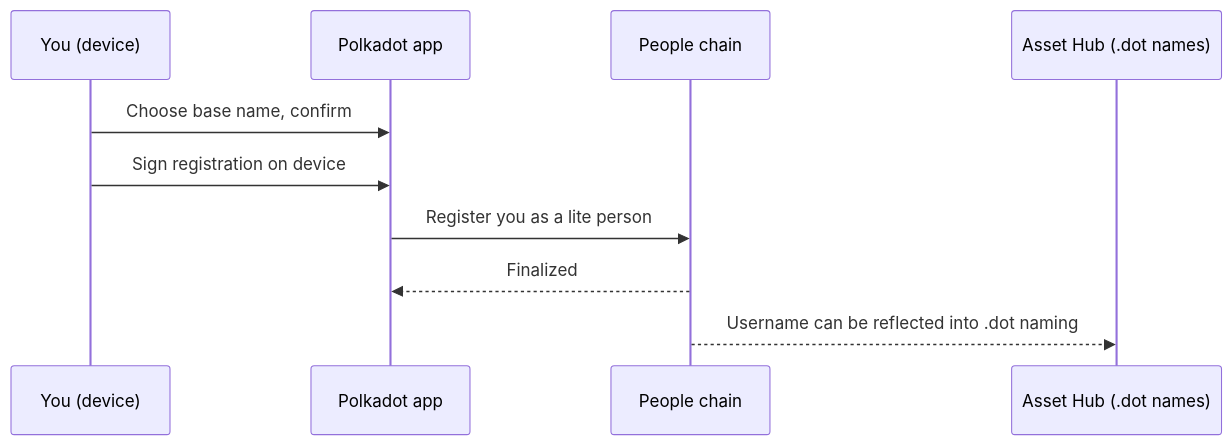
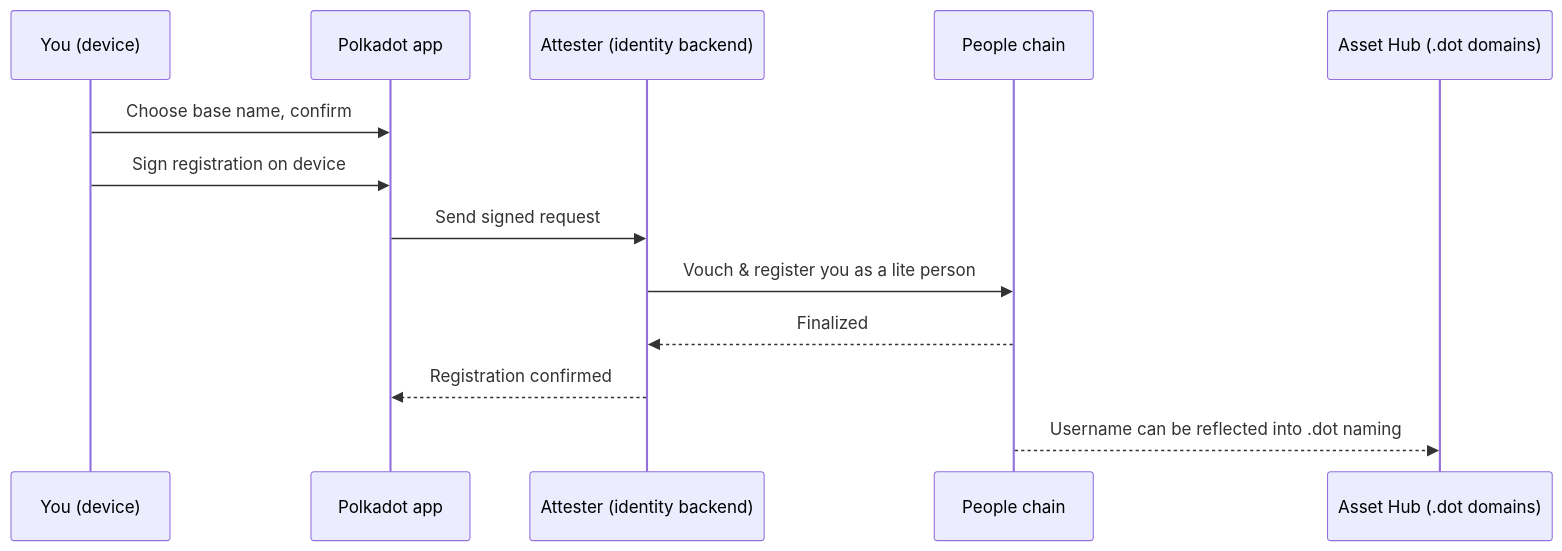
The diagram in docs/guides/username-and-personhood.md (Polkadot-Community-Foundation/polkadot-app-docs), drawn with Mermaid before and after one commit. The commit also changed other lines of this file and 31 other files, not shown here.

````diff
--- a/docs/guides/username-and-personhood.md
+++ b/docs/guides/username-and-personhood.md
@@ -66,12 +69,15 @@
 ```mermaid
 sequenceDiagram
     participant You as You (device)
     participant App as Polkadot app
+    participant Attester as Attester (identity backend)
     participant People as People chain
-    participant DotNS as Asset Hub (.dot names)
+    participant DotNS as Asset Hub (.dot domains)
     You->>App: Choose base name, confirm
     You->>App: Sign registration on device
-    App->>People: Register you as a lite person
-    People-->>App: Finalized
+    App->>Attester: Send signed request
+    Attester->>People: Vouch & register you as a lite person
+    People-->>Attester: Finalized
+    Attester-->>App: Registration confirmed
     People-->>DotNS: Username can be reflected into .dot naming
 ```
````
